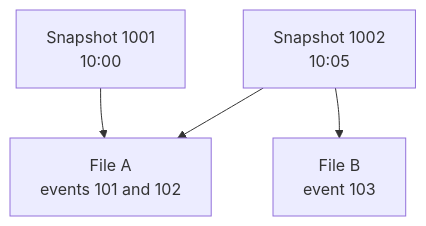
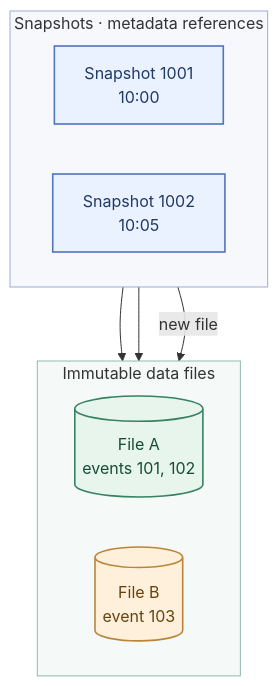
Before and after one commit to efcasado/off_broadway_iceberg: the second of 5 diagrams in guides/iceberg-and-duckdb.md, drawn with Mermaid. The commit also changed other lines of this file, not shown here.

Commit message:
docs: refine Mermaid layouts and visual hierarchy

````diff
--- a/guides/iceberg-and-duckdb.md
+++ b/guides/iceberg-and-duckdb.md
@@ -121,11 +144,25 @@
 ```mermaid
 flowchart TB
-    S1["Snapshot 1001<br/>10:00"]
-    S2["Snapshot 1002<br/>10:05"]
-    A["File A<br/>events 101 and 102"]
-    B["File B<br/>event 103"]
-
+    subgraph Versions["Snapshots · metadata references"]
+        direction LR
+        S1["Snapshot 1001<br/>10:00"]
+        S2["Snapshot 1002<br/>10:05"]
+    end
+    subgraph Objects["Immutable data files"]
+        direction LR
+        A[("File A<br/>events 101, 102")]
+        B[("File B<br/>event 103")]
+    end
     S1 --> A
     S2 --> A
-    S2 --> B
+    S2 -->|new file| B
+
+    classDef snapshot fill:#eaf1ff,stroke:#5275bd,color:#203965,stroke-width:1.6px
+    classDef existing fill:#e7f5ed,stroke:#378263,color:#174b38,stroke-width:1.6px
+    classDef added fill:#fff0db,stroke:#b98539,color:#68420d,stroke-width:1.6px
+    class S1,S2 snapshot
+    class A existing
+    class B added
+    style Versions fill:#5275bd0c,stroke:#9aadd0
+    style Objects fill:#3782630c,stroke:#92bca9
 ```
````
